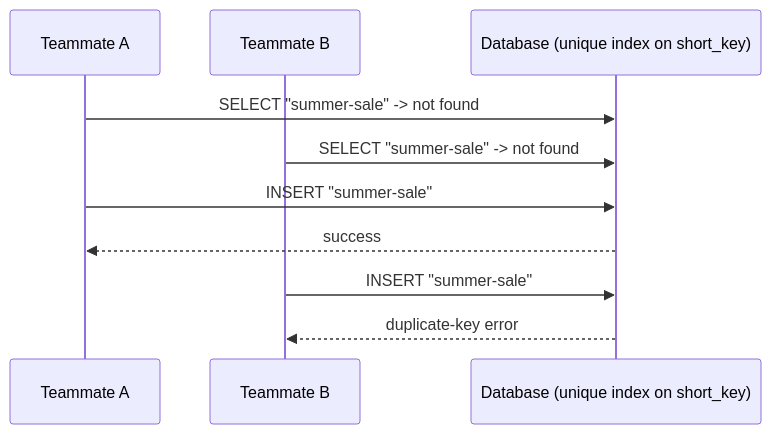
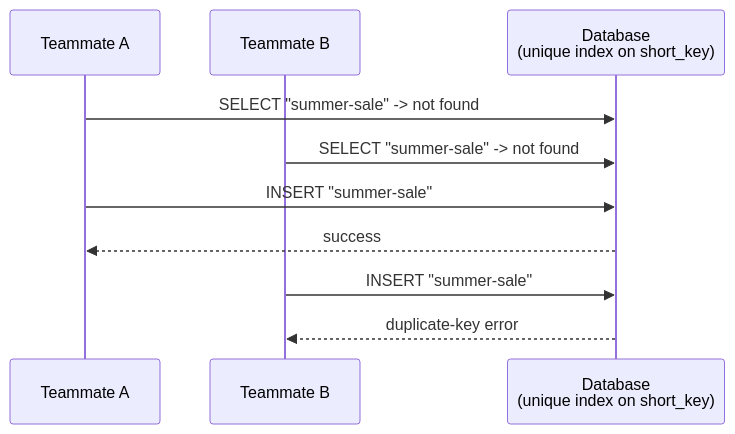
One commit to riyaz-pasha/Learnings changed the sixth of 13 diagrams in system-design/HLD/0-course/34-Design a URL Shortening Service - TinyURL-FAANG-Guide-story.md. Above: the diagram before and after it, drawn with Mermaid. The commit also changed other lines of this file and 5 other files, not shown here.

Commit message:
[REWRITE] Design Newsfeed story guide: simplify prose, add structure, fix diagrams

````diff
--- a/system-design/HLD/0-course/34-Design a URL Shortening Service - TinyURL-FAANG-Guide-story.md
+++ b/system-design/HLD/0-course/34-Design a URL Shortening Service - TinyURL-FAANG-Guide-story.md
@@ -136,12 +274,12 @@
 ```mermaid
 sequenceDiagram
     participant U1 as Teammate A
     participant U2 as Teammate B
-    participant DB as Database (unique index on short_key)
+    participant DB as Database<br/>(unique index on short_key)
     U1->>DB: SELECT "summer-sale" -> not found
     U2->>DB: SELECT "summer-sale" -> not found
     U1->>DB: INSERT "summer-sale"
     DB-->>U1: success
     U2->>DB: INSERT "summer-sale"
     DB-->>U2: duplicate-key error
 ```
````
